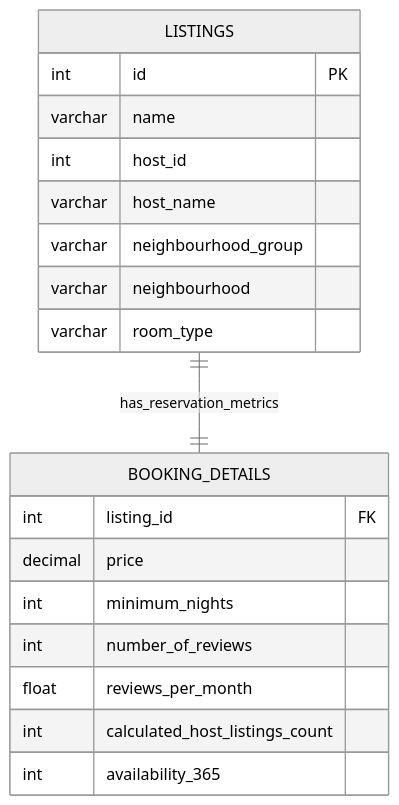
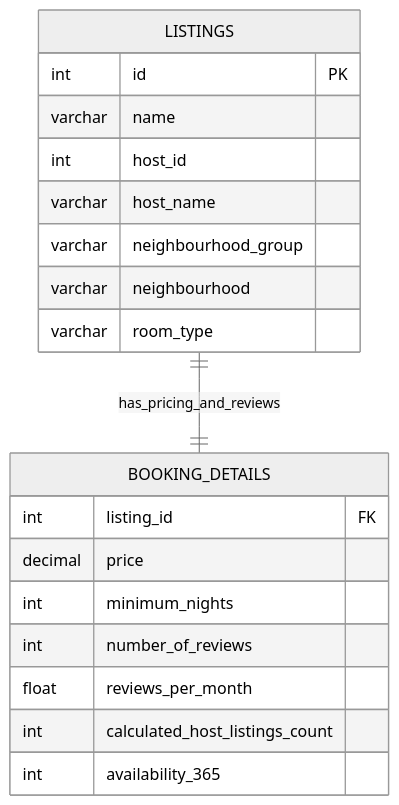
One commit to jadavharsh109/airbnb-nyc-market-analysis-sql changed the diagram in README.md. Above: the diagram before and after it, drawn with Mermaid (neutral theme). The commit also changed other lines of this file, not shown here.

````diff
--- a/README.md
+++ b/README.md
@@ -61,23 +61,23 @@
 ```mermaid
 erDiagram
-    LISTINGS ||--|| BOOKING_DETAILS : "has_reservation_metrics"
+    LISTINGS ||--|| BOOKING_DETAILS : "has_pricing_and_reviews"
 
     LISTINGS {
         int id PK
         varchar name
         int host_id
         varchar host_name
         varchar neighbourhood_group
         varchar neighbourhood
         varchar room_type
     }
     BOOKING_DETAILS {
         int listing_id FK
         decimal price
         int minimum_nights
         int number_of_reviews
         float reviews_per_month
         int calculated_host_listings_count
         int availability_365
     }
 ```
````
